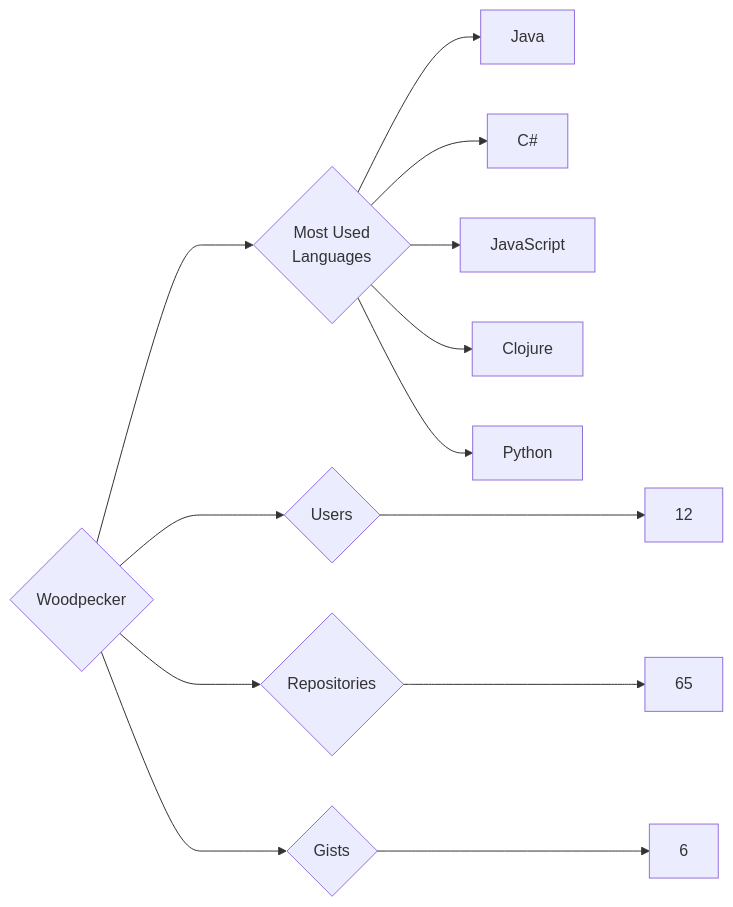
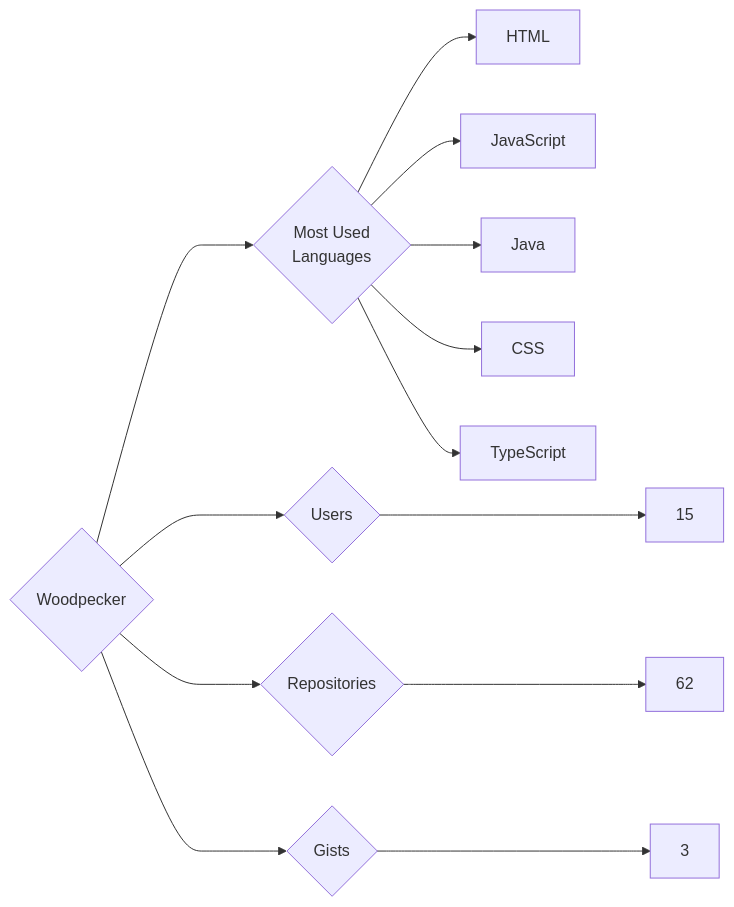
One commit to trickest/insiders changed the diagram in targets/Woodpecker/README.md. Above: the diagram before and after it, drawn with Mermaid. The commit also changed 940 other files, not shown here.

````diff
--- a/targets/Woodpecker/README.md
+++ b/targets/Woodpecker/README.md
@@ -3,13 +3,13 @@
 ```mermaid
 graph LR
 COMPANY_NAME{Woodpecker}
-COMPANY_NAME ---> U{Users} ---> UN[12]
-COMPANY_NAME ---> R{Repositories} ---> RN[65]
-COMPANY_NAME ---> G{Gists} ---> GN[6]
+COMPANY_NAME ---> U{Users} ---> UN[15]
+COMPANY_NAME ---> R{Repositories} ---> RN[62]
+COMPANY_NAME ---> G{Gists} ---> GN[3]
 COMPANY_NAME ---> ML{Most Used<br>Languages}
+ML --> HTML[HTML]
+ML --> JavaScript[JavaScript]
 ML --> Java[Java]
-ML --> C#[C#]
-ML --> JavaScript[JavaScript]
-ML --> Clojure[Clojure]
-ML --> Python[Python]
+ML --> CSS[CSS]
+ML --> TypeScript[TypeScript]
 ```
````
